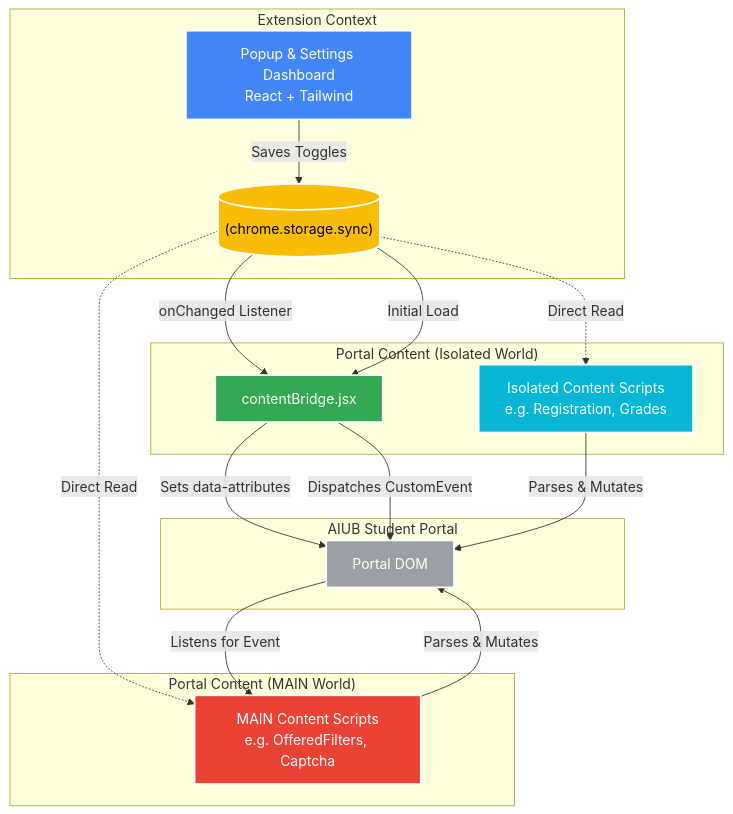
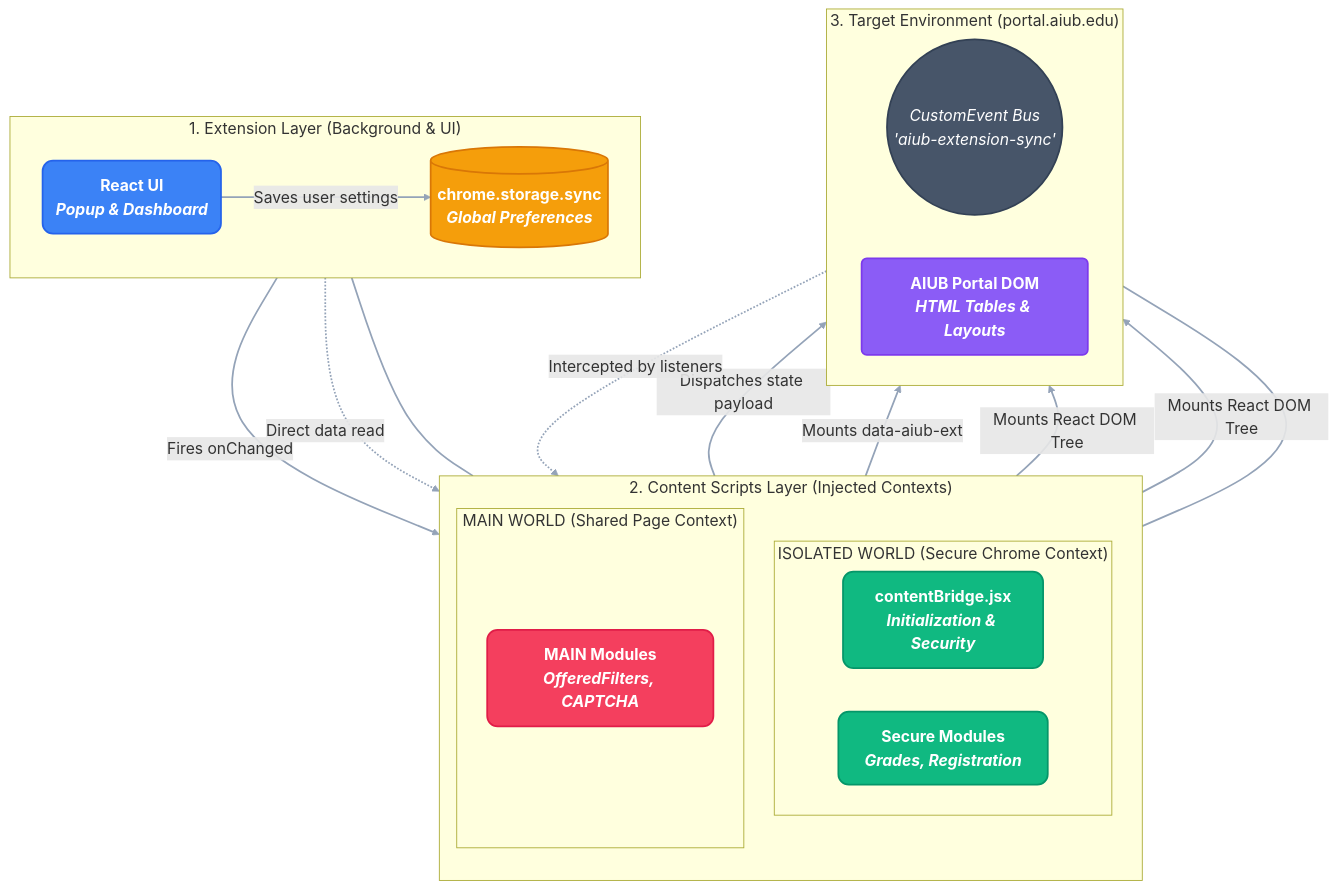
Before and after one commit to mdrijoanmaruf/AIUB-Plus-Extenstion: the diagram in README.md, drawn with Mermaid. The commit also changed other lines of this file, not shown here.

````diff
--- a/README.md
+++ b/README.md
@@ -196,40 +198,60 @@
 ```mermaid
-graph TD
-    subgraph ExtensionContext ["Extension Context"]
-        UI["Popup & Settings Dashboard<br/>React + Tailwind"]
-        Sync[("(chrome.storage.sync)")]
+%%{init: {"themeVariables": {"fontSize": "18px"}}}%%
+flowchart TB
+    %% Premium Styling Definitions
+    classDef chromeAPI fill:#f59e0b,stroke:#d97706,stroke-width:2px,color:#fff,font-weight:bold,rx:12px,ry:12px,shadow:true,font-size:18px;
+    classDef reactUI fill:#3b82f6,stroke:#2563eb,stroke-width:2px,color:#fff,font-weight:bold,rx:12px,ry:12px,shadow:true,font-size:18px;
+    classDef isolated fill:#10b981,stroke:#059669,stroke-width:2px,color:#fff,font-weight:bold,rx:12px,ry:12px,shadow:true,font-size:18px;
+    classDef mainWorld fill:#f43f5e,stroke:#e11d48,stroke-width:2px,color:#fff,font-weight:bold,rx:12px,ry:12px,shadow:true,font-size:18px;
+    classDef portalDOM fill:#8b5cf6,stroke:#7c3aed,stroke-width:2px,color:#fff,font-weight:bold,rx:6px,ry:6px,shadow:true,font-size:18px;
+    classDef eventBus fill:#475569,stroke:#334155,stroke-width:2px,color:#fff,font-style:italic,rx:50px,ry:50px,shadow:true,font-size:18px;
+    
+    %% Base styling
+    linkStyle default stroke:#94a3b8,stroke-width:2px;
+
+    %% Architectural Subgraphs
+    subgraph ExtensionLayer ["1. Extension Layer (Background & UI)"]
+        direction LR
+        UI("React UI<br/><i>Popup & Dashboard</i>"):::reactUI
+        Storage[("chrome.storage.sync<br/><i>Global Preferences</i>")]:::chromeAPI
     end
 
-    subgraph IsolatedWorld ["Portal Content (Isolated World)"]
-        CB["contentBridge.jsx"]
-        IsolatedScripts["Isolated Content Scripts<br/>e.g. Registration, Grades"]
+    subgraph ContentLayer ["2. Content Scripts Layer (Injected Contexts)"]
+        direction TB
+        
+        subgraph Isolated ["ISOLATED WORLD (Secure Chrome Context)"]
+            direction LR
+            CB("contentBridge.jsx<br/><i>Initialization & Security</i>"):::isolated
+            IsolatedModules["Secure Modules<br/><i>Grades, Registration</i>"]:::isolated
+        end
+        
+        subgraph Main ["MAIN WORLD (Shared Page Context)"]
+            MainModules["MAIN Modules<br/><i>OfferedFilters, CAPTCHA</i>"]:::mainWorld
+        end
     end
 
-    subgraph MainWorld ["Portal Content (MAIN World)"]
-        MainScripts["MAIN Content Scripts<br/>e.g. OfferedFilters, Captcha"]
+    subgraph TargetLayer ["3. Target Environment (portal.aiub.edu)"]
+        direction LR
+        Events(("CustomEvent Bus<br/><i>'aiub-extension-sync'</i>")):::eventBus
+        DOM["AIUB Portal DOM<br/><i>HTML Tables & Layouts</i>"]:::portalDOM
     end
 
-    subgraph AIUBPortal ["AIUB Student Portal"]
-        DOM["Portal DOM"]
-    end
+    %% Precise Data Flow Paths
+    UI == "Saves user settings" ==> Storage
+    
+    Storage -- "Fires onChanged" --> CB
+    Storage -. "Direct data read" .-> IsolatedModules
+    
+    CB == "Dispatches state payload" ==> Events
+    CB -- "Mounts data-aiub-ext" --> DOM
+    
+    Events -. "Intercepted by listeners" .-> MainModules
+    
+    IsolatedModules == "Mounts React DOM Tree" ==> DOM
+    MainModules == "Mounts React DOM Tree" ==> DOM
+    
+    %% Force spatial arrangement
+    ExtensionLayer ~~~ ContentLayer
+    ContentLayer ~~~ TargetLayer
 
-    UI -->|Saves Toggles| Sync
-    Sync -->|onChanged Listener| CB
-    Sync -->|Initial Load| CB
-    Sync -.->|Direct Read| IsolatedScripts
-    Sync -.->|Direct Read| MainScripts
-    
-    CB -->|Sets data-attributes| DOM
-    CB -->|Dispatches CustomEvent| DOM
-    DOM -->|Listens for Event| MainScripts
-
-    IsolatedScripts -->|Parses & Mutates| DOM
-    MainScripts -->|Parses & Mutates| DOM
-
-    style UI fill:#4285F4,stroke:#fff,stroke-width:2px,color:#fff
-    style Sync fill:#fbbc05,stroke:#fff,stroke-width:2px,color:#000
-    style CB fill:#34A853,stroke:#fff,stroke-width:2px,color:#fff
-    style IsolatedScripts fill:#06B6D4,stroke:#fff,stroke-width:2px,color:#fff
-    style MainScripts fill:#EA4335,stroke:#fff,stroke-width:2px,color:#fff
-    style DOM fill:#9AA0A6,stroke:#fff,stroke-width:2px,color:#fff
 ```
````
